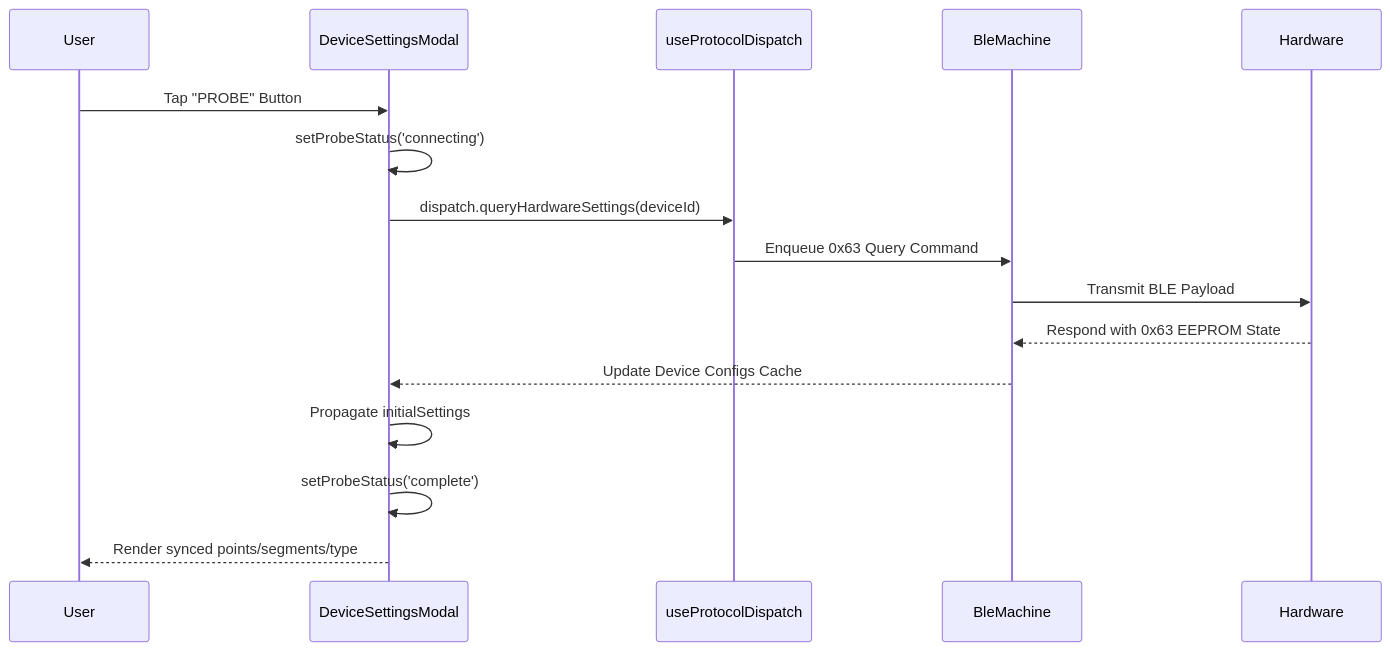
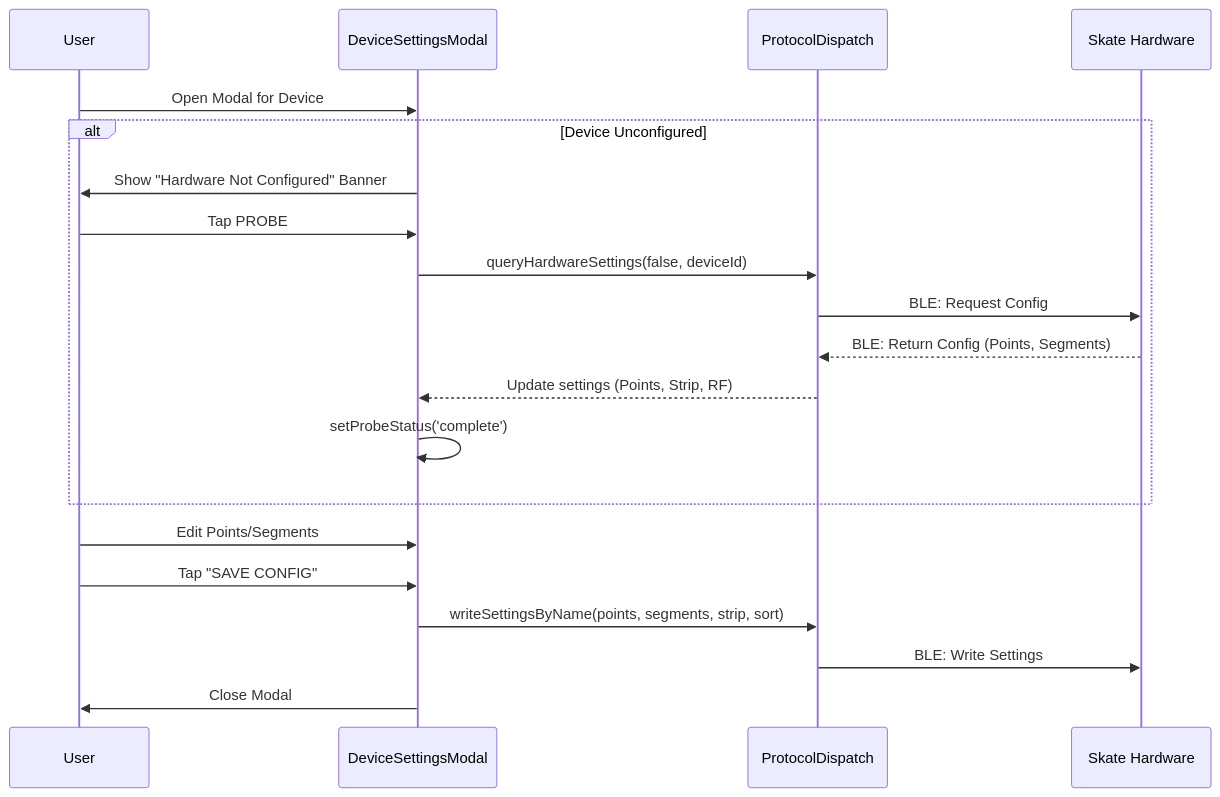
Before and after one commit to Neogleamz/SK8Lytz: the seventh of 24 diagrams in docs/SK8Lytz_App_Master_Reference.md, drawn with Mermaid. The commit also changed other lines of this file and 7 other files, not shown here.

````diff
--- a/docs/SK8Lytz_App_Master_Reference.md
+++ b/docs/SK8Lytz_App_Master_Reference.md
@@ -1687,19 +1681,23 @@
 ```mermaid
 sequenceDiagram
-    participant User
-    participant DeviceSettingsModal
-    participant useProtocolDispatch
-    participant BleMachine
-    participant Hardware
+    participant U as User
+    participant DSM as DeviceSettingsModal
+    participant PD as ProtocolDispatch
+    participant HW as Skate Hardware
 
-    User->>DeviceSettingsModal: Tap "PROBE" Button
-    DeviceSettingsModal->>DeviceSettingsModal: setProbeStatus('connecting')
-    DeviceSettingsModal->>useProtocolDispatch: dispatch.queryHardwareSettings(deviceId)
-    useProtocolDispatch->>BleMachine: Enqueue 0x63 Query Command
-    BleMachine->>Hardware: Transmit BLE Payload
-    Hardware-->>BleMachine: Respond with 0x63 EEPROM State
-    BleMachine-->>DeviceSettingsModal: Update Device Configs Cache
-    DeviceSettingsModal->>DeviceSettingsModal: Propagate initialSettings
-    DeviceSettingsModal->>DeviceSettingsModal: setProbeStatus('complete')
-    DeviceSettingsModal-->>User: Render synced points/segments/type
+    U->>DSM: Open Modal for Device
+    alt Device Unconfigured
+        DSM->>U: Show "Hardware Not Configured" Banner
+        U->>DSM: Tap PROBE
+        DSM->>PD: queryHardwareSettings(false, deviceId)
+        PD->>HW: BLE: Request Config
+        HW-->>PD: BLE: Return Config (Points, Segments)
+        PD-->>DSM: Update settings (Points, Strip, RF)
+        DSM->>DSM: setProbeStatus('complete')
+    end
+    U->>DSM: Edit Points/Segments
+    U->>DSM: Tap "SAVE CONFIG"
+    DSM->>PD: writeSettingsByName(points, segments, strip, sort)
+    PD->>HW: BLE: Write Settings
+    DSM->>U: Close Modal
 ```
````
